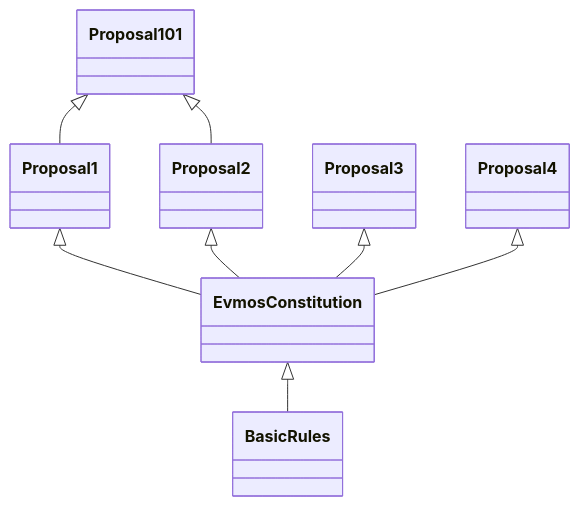
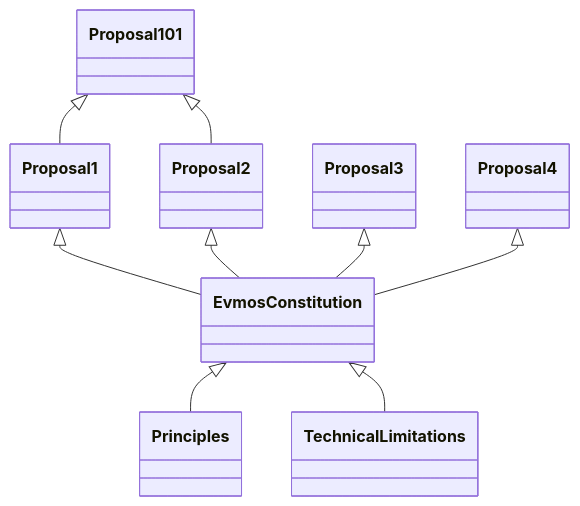
Before and after one commit to the-laurel/chain-proposals: the fourth of 4 diagrams in evmos/PrecedenceGraph.md, drawn with Mermaid. The commit also changed other lines of this file, not shown here.

````diff
--- a/evmos/PrecedenceGraph.md
+++ b/evmos/PrecedenceGraph.md
@@ -75,15 +83,16 @@
 ```mermaid
 classDiagram
 
 Proposal 1 <|-- Evmos Constitution
 Proposal 2 <|-- Evmos Constitution
 Proposal 3 <|-- Evmos Constitution
 Proposal 4 <|-- Evmos Constitution
 
 Proposal 101 <|-- Proposal 2
 Proposal 101 <|-- Proposal 1
 
-Evmos Constitution <|-- Basic Rules
+Evmos Constitution <|-- Principles
+Evmos Constitution <|-- Technical Limitations
 
 
 ```
````
